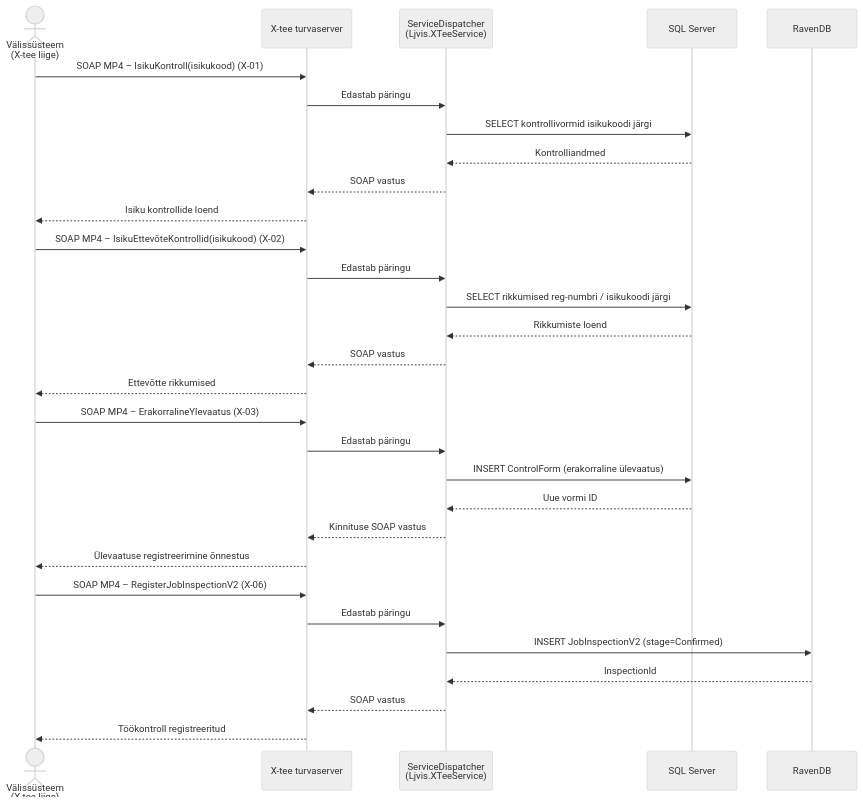
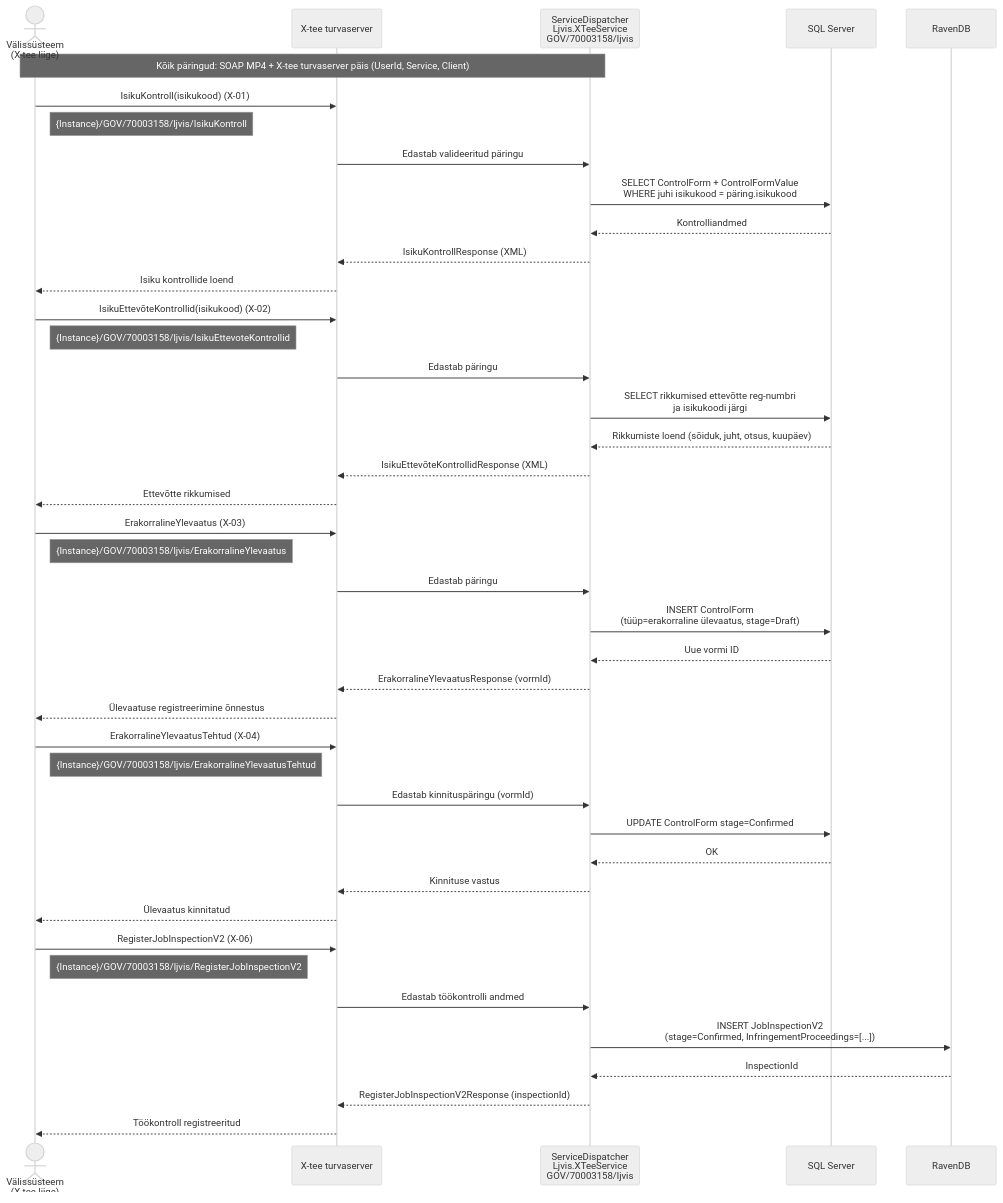
One commit to kemit-ee/ljvis-2 changed diagram 18 of 19 in architecture/use-cases.md. Above: the diagram before and after it, drawn with Mermaid (neutral theme). The commit also changed other lines of this file, not shown here.

Commit message:
updated usecases with xtee info

````diff
--- a/architecture/use-cases.md
+++ b/architecture/use-cases.md
@@ -824,36 +843,50 @@
 ```mermaid
 sequenceDiagram
     actor Välis as Välissüsteem<br/>(X-tee liige)
     participant XTee as X-tee turvaserver
-    participant Dispatcher as ServiceDispatcher<br/>(Ljvis.XTeeService)
+    participant Dispatcher as ServiceDispatcher<br/>Ljvis.XTeeService<br/>GOV/70003158/ljvis
     participant DB as SQL Server
     participant Raven as RavenDB
 
-    Välis->>XTee: SOAP MP4 – IsikuKontroll(isikukood) (X-01)
-    XTee->>Dispatcher: Edastab päringu
-    Dispatcher->>DB: SELECT kontrollivormid isikukoodi järgi
+    Note over Välis,Dispatcher: Kõik päringud: SOAP MP4 + X-tee turvaserver päis (UserId, Service, Client)
+
+    Välis->>XTee: IsikuKontroll(isikukood) (X-01)
+    Note right of Välis: {Instance}/GOV/70003158/ljvis/IsikuKontroll
+    XTee->>Dispatcher: Edastab valideeritud päringu
+    Dispatcher->>DB: SELECT ControlForm + ControlFormValue<br/>WHERE juhi isikukood = päring.isikukood
     DB-->>Dispatcher: Kontrolliandmed
-    Dispatcher-->>XTee: SOAP vastus
+    Dispatcher-->>XTee: IsikuKontrollResponse (XML)
     XTee-->>Välis: Isiku kontrollide loend
 
-    Välis->>XTee: SOAP MP4 – IsikuEttevõteKontrollid(isikukood) (X-02)
+    Välis->>XTee: IsikuEttevõteKontrollid(isikukood) (X-02)
+    Note right of Välis: {Instance}/GOV/70003158/ljvis/IsikuEttevoteKontrollid
     XTee->>Dispatcher: Edastab päringu
-    Dispatcher->>DB: SELECT rikkumised reg-numbri / isikukoodi järgi
-    DB-->>Dispatcher: Rikkumiste loend
-    Dispatcher-->>XTee: SOAP vastus
+    Dispatcher->>DB: SELECT rikkumised ettevõtte reg-numbri<br/>ja isikukoodi järgi
+    DB-->>Dispatcher: Rikkumiste loend (sõiduk, juht, otsus, kuupäev)
+    Dispatcher-->>XTee: IsikuEttevõteKontrollidResponse (XML)
     XTee-->>Välis: Ettevõtte rikkumised
 
-    Välis->>XTee: SOAP MP4 – ErakorralineYlevaatus (X-03)
+    Välis->>XTee: ErakorralineYlevaatus (X-03)
+    Note right of Välis: {Instance}/GOV/70003158/ljvis/ErakorralineYlevaatus
     XTee->>Dispatcher: Edastab päringu
-    Dispatcher->>DB: INSERT ControlForm (erakorraline ülevaatus)
+    Dispatcher->>DB: INSERT ControlForm<br/>(tüüp=erakorraline ülevaatus, stage=Draft)
     DB-->>Dispatcher: Uue vormi ID
-    Dispatcher-->>XTee: Kinnituse SOAP vastus
+    Dispatcher-->>XTee: ErakorralineYlevaatusResponse (vormId)
     XTee-->>Välis: Ülevaatuse registreerimine õnnestus
 
-    Välis->>XTee: SOAP MP4 – RegisterJobInspectionV2 (X-06)
-    XTee->>Dispatcher: Edastab päringu
-    Dispatcher->>Raven: INSERT JobInspectionV2 (stage=Confirmed)
+    Välis->>XTee: ErakorralineYlevaatusTehtud (X-04)
+    Note right of Välis: {Instance}/GOV/70003158/ljvis/ErakorralineYlevaatusTehtud
+    XTee->>Dispatcher: Edastab kinnituspäringu (vormId)
+    Dispatcher->>DB: UPDATE ControlForm stage=Confirmed
+    DB-->>Dispatcher: OK
+    Dispatcher-->>XTee: Kinnituse vastus
+    XTee-->>Välis: Ülevaatus kinnitatud
+
+    Välis->>XTee: RegisterJobInspectionV2 (X-06)
+    Note right of Välis: {Instance}/GOV/70003158/ljvis/RegisterJobInspectionV2
+    XTee->>Dispatcher: Edastab töökontrolli andmed
+    Dispatcher->>Raven: INSERT JobInspectionV2<br/>(stage=Confirmed, InfringementProceedings=[...])
     Raven-->>Dispatcher: InspectionId
-    Dispatcher-->>XTee: SOAP vastus
+    Dispatcher-->>XTee: RegisterJobInspectionV2Response (inspectionId)
     XTee-->>Välis: Töökontroll registreeritud
 ```
````
